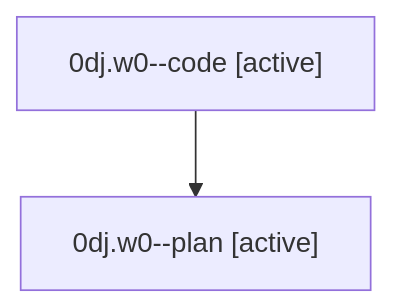
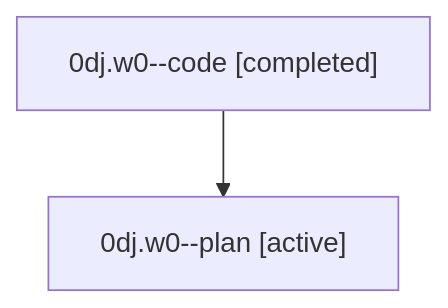
Before and after one commit to sase-org/sase--agents: the diagram in families/bbugyi200.athena.0dj.w0.md, drawn with Mermaid. The commit also changed other lines of this file and 35830 other files, not shown here.

````diff
--- a/families/bbugyi200.athena.0dj.w0.md
+++ b/families/bbugyi200.athena.0dj.w0.md
@@ -9,6 +9,6 @@
 ```mermaid
 flowchart TD
-  n0["0dj.w0--code [active]"]
+  n0["0dj.w0--code [completed]"]
   n1["0dj.w0--plan [active]"]
   n0 --> n1
 ```
````
